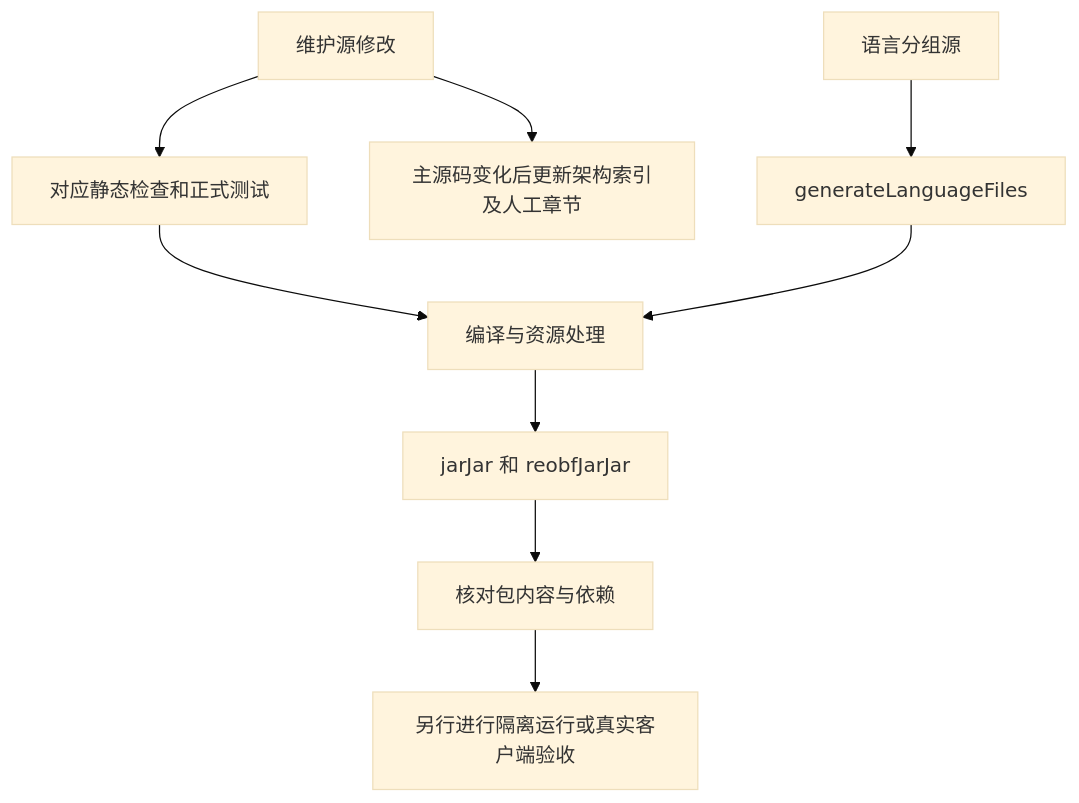
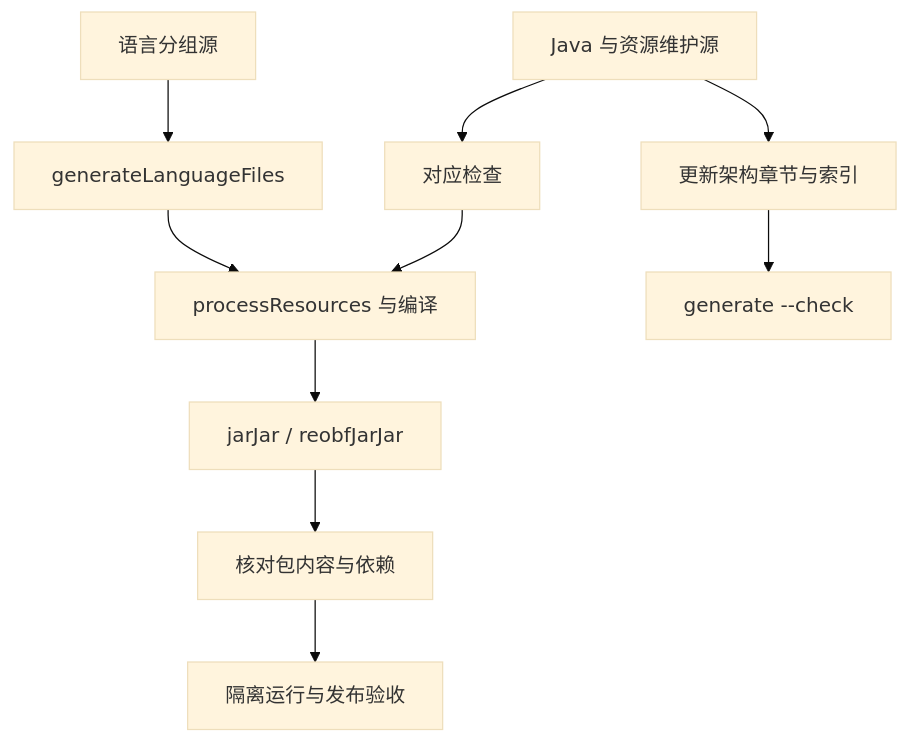
The diagram in docs/开发者查阅/架构/链路/维护到构建的检查路径.md (3101516445z-dotcom/The-Long-Travail), drawn with Mermaid (base theme) before and after one commit. The commit also changed other lines of this file and 117 other files, not shown here.

````diff
--- a/docs/开发者查阅/架构/链路/维护到构建的检查路径.md
+++ b/docs/开发者查阅/架构/链路/维护到构建的检查路径.md
@@ -23,11 +22,12 @@
 ```mermaid
 flowchart TD
-    A[维护源修改] --> B[对应静态检查和正式测试]
-    A --> C[主源码变化后更新架构索引及人工章节]
-    B --> D[编译与资源处理]
-    E[语言分组源] --> F[generateLanguageFiles]
-    F --> D
-    D --> G[jarJar 和 reobfJarJar]
-    G --> H[核对包内容与依赖]
-    H --> I[另行进行隔离运行或真实客户端验收]
+    A[Java 与资源维护源] --> B[对应检查]
+    L[语言分组源] --> G[generateLanguageFiles]
+    G --> C[processResources 与编译]
+    B --> C
+    C --> J[jarJar / reobfJarJar]
+    J --> P[核对包内容与依赖]
+    P --> R[隔离运行与发布验收]
+    A --> D[更新架构章节与索引]
+    D --> E[generate --check]
 ```
````
